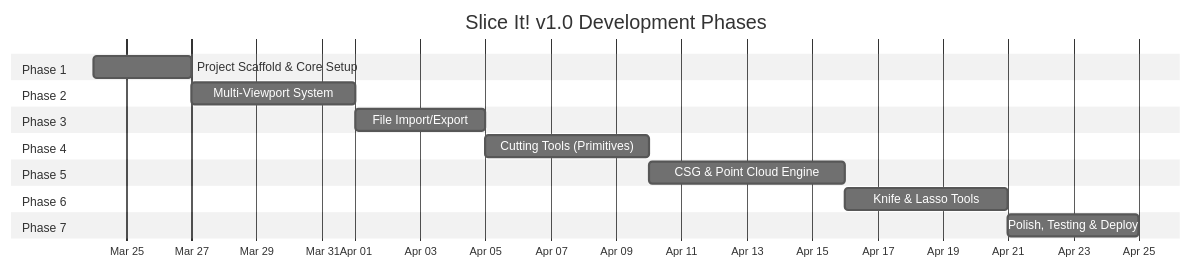
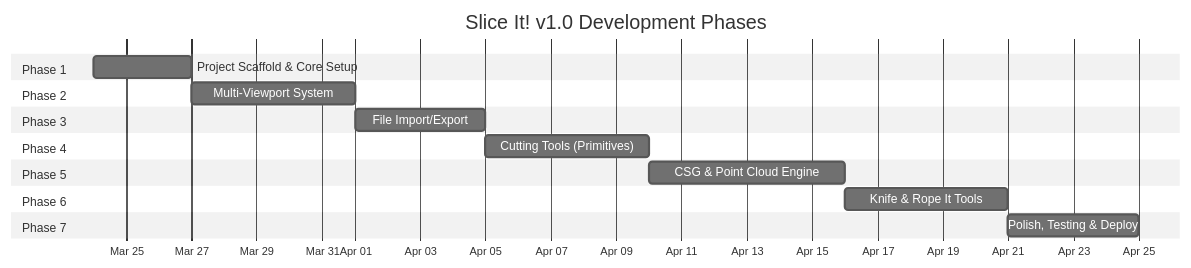
Before and after one commit to Cook4986/SliceIT: the diagram in docs/02-IMPLEMENTATION-PLAN.md, drawn with Mermaid (neutral theme). The commit also changed other lines of this file and 14 other files, not shown here.

````diff
--- a/docs/02-IMPLEMENTATION-PLAN.md
+++ b/docs/02-IMPLEMENTATION-PLAN.md
@@ -11,27 +11,27 @@
 ```mermaid
 gantt
     title Slice It! v1.0 Development Phases
     dateFormat  YYYY-MM-DD
     axisFormat  %b %d
 
     section Phase 1
     Project Scaffold & Core Setup     :p1, 2026-03-24, 3d
 
     section Phase 2
     Multi-Viewport System             :p2, after p1, 5d
 
     section Phase 3
     File Import/Export                 :p3, after p2, 4d
 
     section Phase 4
     Cutting Tools (Primitives)        :p4, after p3, 5d
 
     section Phase 5
     CSG & Point Cloud Engine          :p5, after p4, 6d
 
     section Phase 6
-    Knife & Lasso Tools               :p6, after p5, 5d
+    Knife & Rope It Tools               :p6, after p5, 5d
 
     section Phase 7
     Polish, Testing & Deploy          :p7, after p6, 4d
 ```
````
